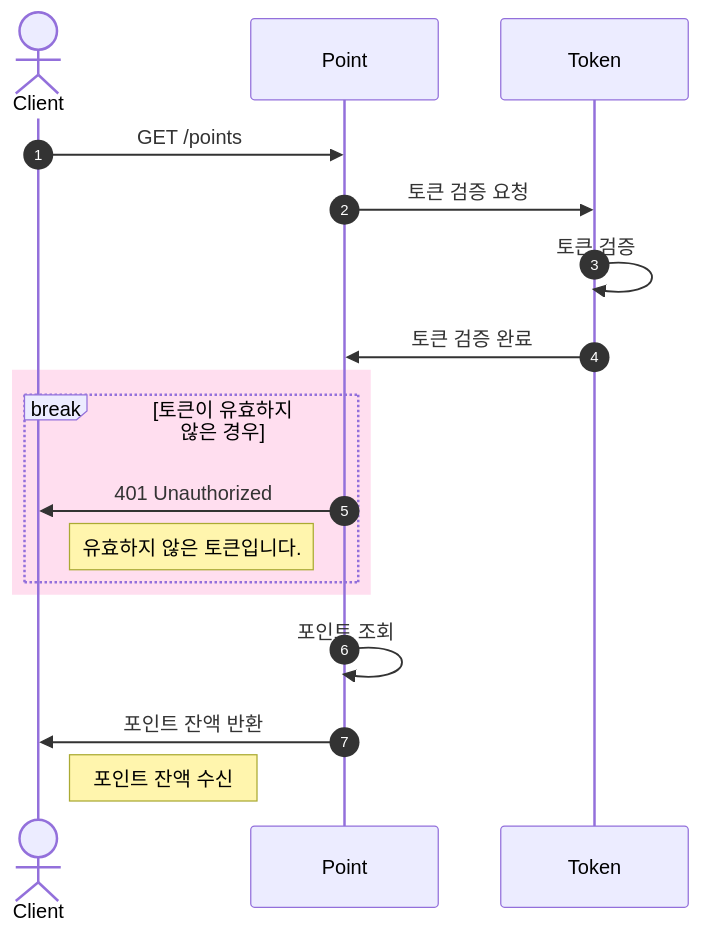
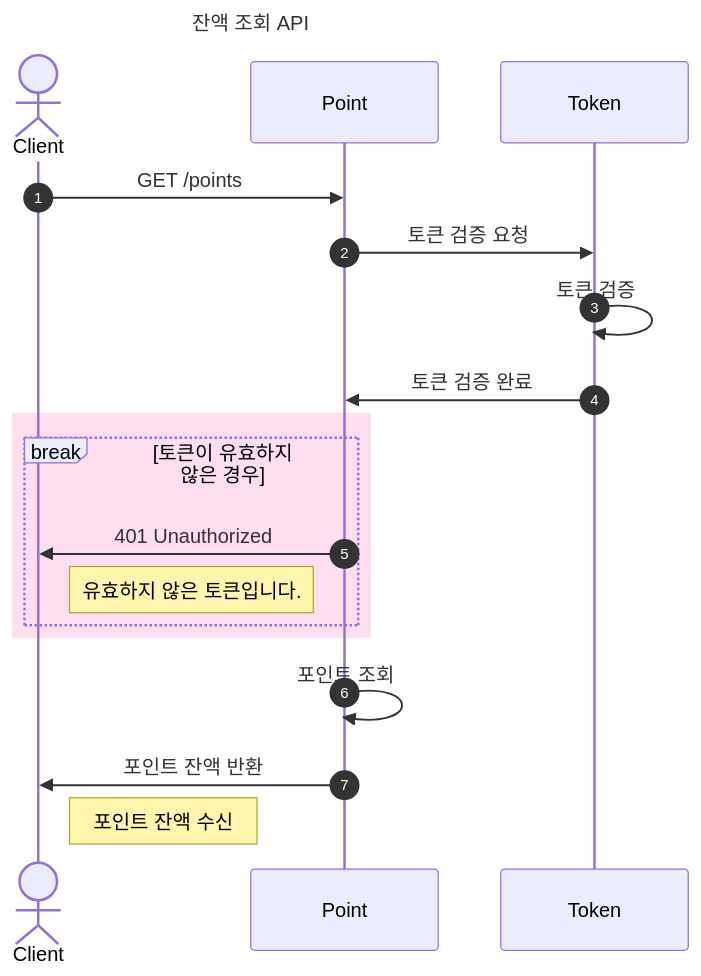
The seventh of 8 diagrams in README.md (Yn3-3xh/hanghaeplus-concert-reservation-service), drawn with Mermaid before and after one commit. The commit also changed other lines of this file, not shown here.

Commit message:
step5/update: README - Sequence Diagram title

````diff
--- a/README.md
+++ b/README.md
@@ -214,22 +225,25 @@
 ``` mermaid
+---
+title: 잔액 조회 API
+---
 sequenceDiagram
 autonumber
 
 actor Client
 
 Client->>Point: GET /points
 
 Point->>Token: 토큰 검증 요청
 Token->>Token: 토큰 검증
 Token->>Point: 토큰 검증 완료
 rect rgb(255, 222, 239)
     break 토큰이 유효하지 않은 경우
         Point->>Client: 401 Unauthorized
         Note right of Client: 유효하지 않은 토큰입니다.
     end
 end
 
 Point->>Point: 포인트 조회
 Point->>Client: 포인트 잔액 반환
 Note right of Client: 포인트 잔액 수신
 ```
````
